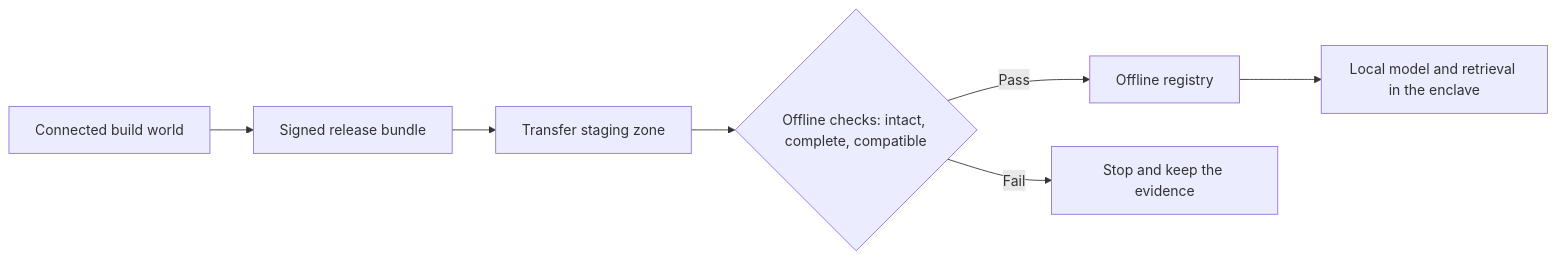
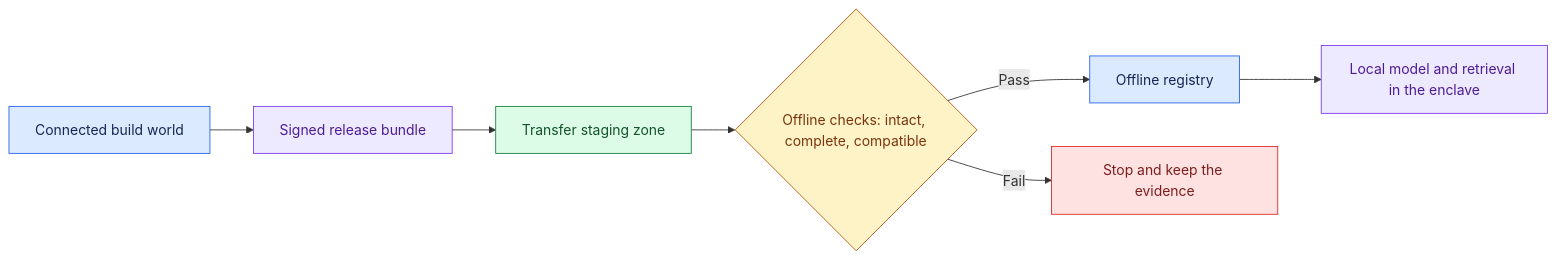
Before and after one commit to Sourav692/Forward-Deployed-Engineer-Interview-Prep: the diagram in site/case-pages/air-gapped-ai-system/introduction.md, drawn with Mermaid. The commit also changed 1268 other files, not shown here.

First line of the commit message:
content: polish Casebook writing and Mermaid diagrams (#251)

````diff
--- a/site/case-pages/air-gapped-ai-system/introduction.md
+++ b/site/case-pages/air-gapped-ai-system/introduction.md
@@ -15,9 +15,21 @@
 ```mermaid
 flowchart LR
   A[Connected build world] --> B[Signed release bundle]
   B --> C[Transfer staging zone]
   C --> D{Offline checks: intact, complete, compatible}
   D -->|Pass| E[Offline registry]
   E --> F[Local model and retrieval in the enclave]
   D -->|Fail| G[Stop and keep the evidence]
+
+    %% Casebook colours: entry, reasoning, results, controls, and stopped paths.
+    classDef cbInput fill:#dbeafe,stroke:#2563eb,color:#172554
+    class A,E cbInput
+    classDef cbReason fill:#ede9fe,stroke:#7c3aed,color:#4c1d95
+    class B,F cbReason
+    classDef cbAction fill:#dcfce7,stroke:#15803d,color:#14532d
+    class C cbAction
+    classDef cbPolicy fill:#fef3c7,stroke:#b45309,color:#78350f
+    class D cbPolicy
+    classDef cbStop fill:#fee2e2,stroke:#dc2626,color:#7f1d1d
+    class G cbStop
 ```
````
